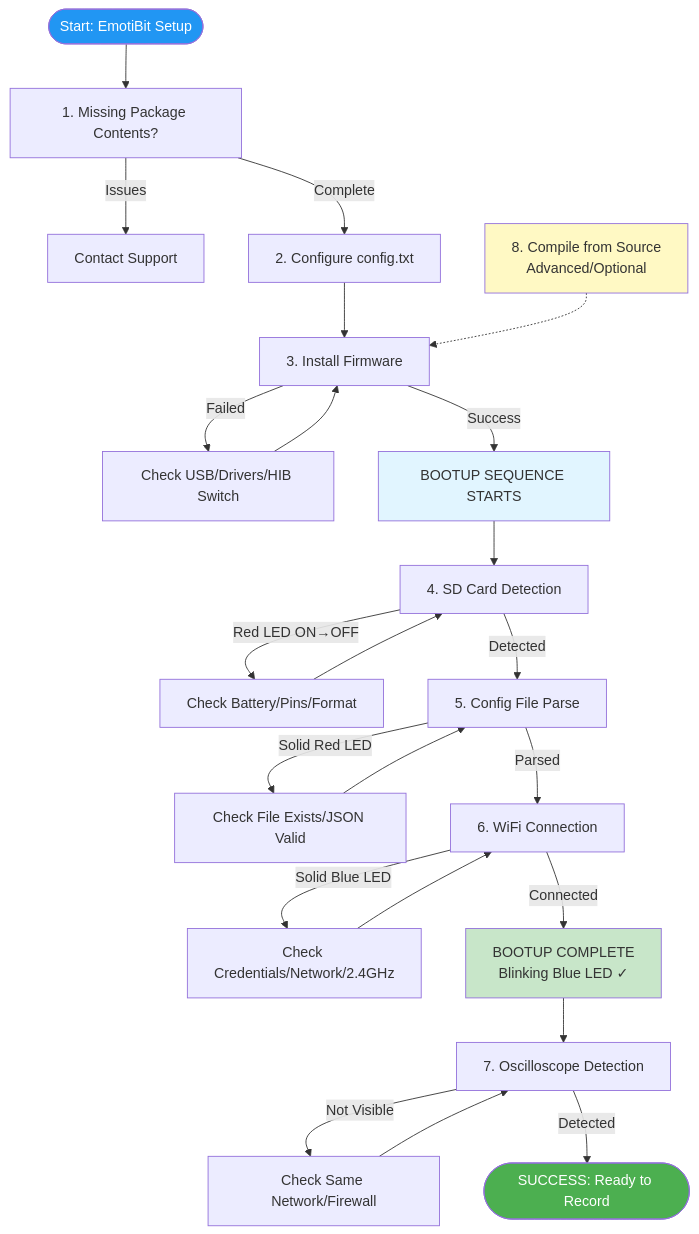
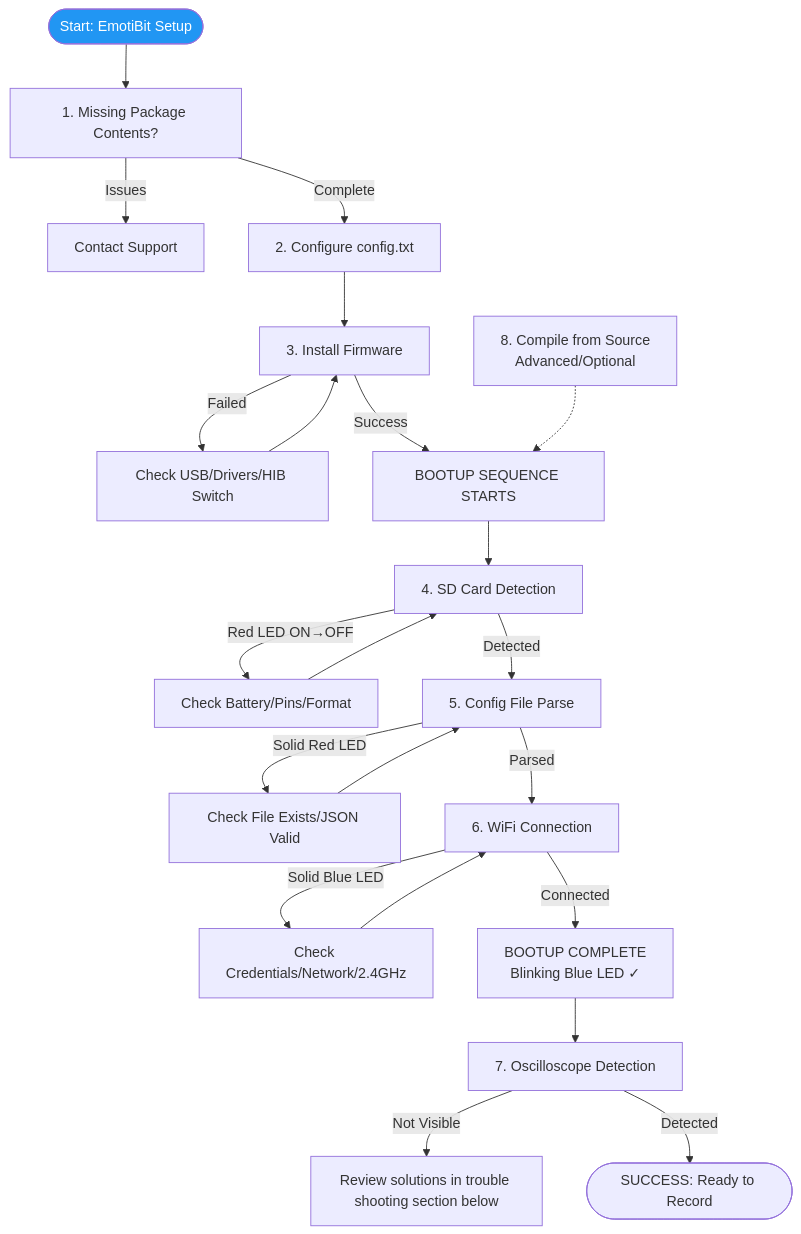
One commit to EmotiBit/EmotiBit_Docs changed the diagram in Troubleshooting.md. Above: the diagram before and after it, drawn with Mermaid.

````diff
--- a/Troubleshooting.md
+++ b/Troubleshooting.md
@@ -52,37 +52,32 @@
 ```mermaid
 flowchart TD
     Start([Start: EmotiBit Setup]) --> Step1[1. Missing Package Contents?]
     Step1 --> |Issues| Contact[Contact Support]
     Step1 --> |Complete| Step2[2. Configure config.txt]
 
     Step2 --> Step3[3. Install Firmware]
     Step3 --> |Failed| Fix3[Check USB/Drivers/HIB Switch]
     Fix3 --> Step3
     Step3 --> |Success| Bootup1[BOOTUP SEQUENCE STARTS]
 
     Bootup1 --> Step4[4. SD Card Detection]
     Step4 --> |Red LED ON→OFF| Fix4[Check Battery/Pins/Format]
     Fix4 --> Step4
     Step4 --> |Detected| Step5[5. Config File Parse]
 
     Step5 --> |Solid Red LED| Fix5[Check File Exists/JSON Valid]
     Fix5 --> Step5
     Step5 --> |Parsed| Step6[6. WiFi Connection]
 
     Step6 --> |Solid Blue LED| Fix6[Check Credentials/Network/2.4GHz]
     Fix6 --> Step6
     Step6 --> |Connected| Bootup2[BOOTUP COMPLETE<br/>Blinking Blue LED ✓]
 
     Bootup2 --> Step7[7. Oscilloscope Detection]
-    Step7 --> |Not Visible| Fix7[Check Same Network/Firewall]
-    Fix7 --> Step7
+    Step7 --> |Not Visible| Fix7[Review solutions in trouble shooting section below]
     Step7 --> |Detected| Success([SUCCESS: Ready to Record])
 
-    Step8[8. Compile from Source<br/>Advanced/Optional] -.-> Step3
+    Step8[8. Compile from Source<br/>Advanced/Optional] -.-> Bootup1
 
-    style Bootup1 fill:#e1f5ff
-    style Bootup2 fill:#c8e6c9
-    style Success fill:#4caf50,color:#fff
     style Start fill:#2196f3,color:#fff
-    style Step8 fill:#fff9c4
 ```
````
